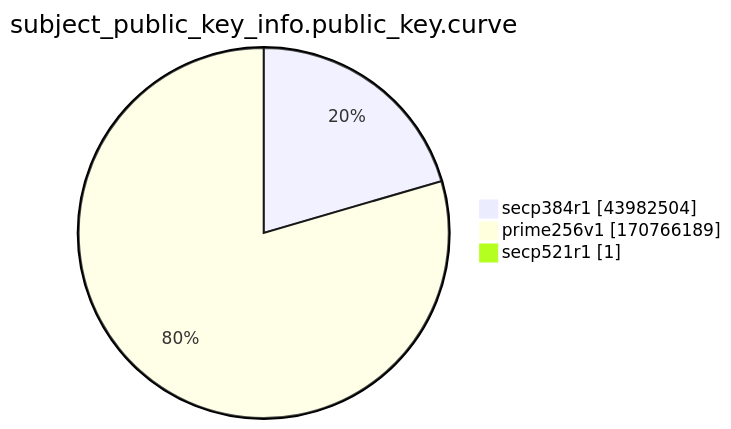
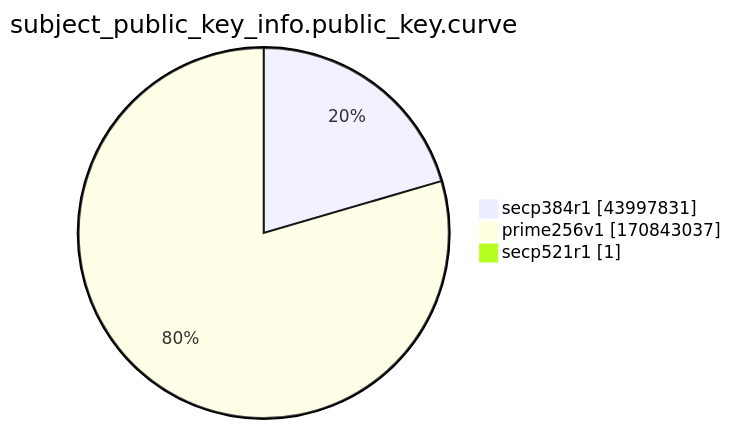
The ninth of 15 diagrams in xenon2022/README.md (christiankrug/ctmonitor_visualization), drawn with Mermaid before and after one commit. The commit also changed other lines of this file, not shown here.

````diff
--- a/xenon2022/README.md
+++ b/xenon2022/README.md
@@ -2871,7 +2871,7 @@
 ```mermaid
 pie showData
 title subject_public_key_info.public_key.curve
-"secp384r1" :43982504
-"prime256v1" :170766189
+"secp384r1" :43997831
+"prime256v1" :170843037
 "secp521r1" :1
 ```
````
